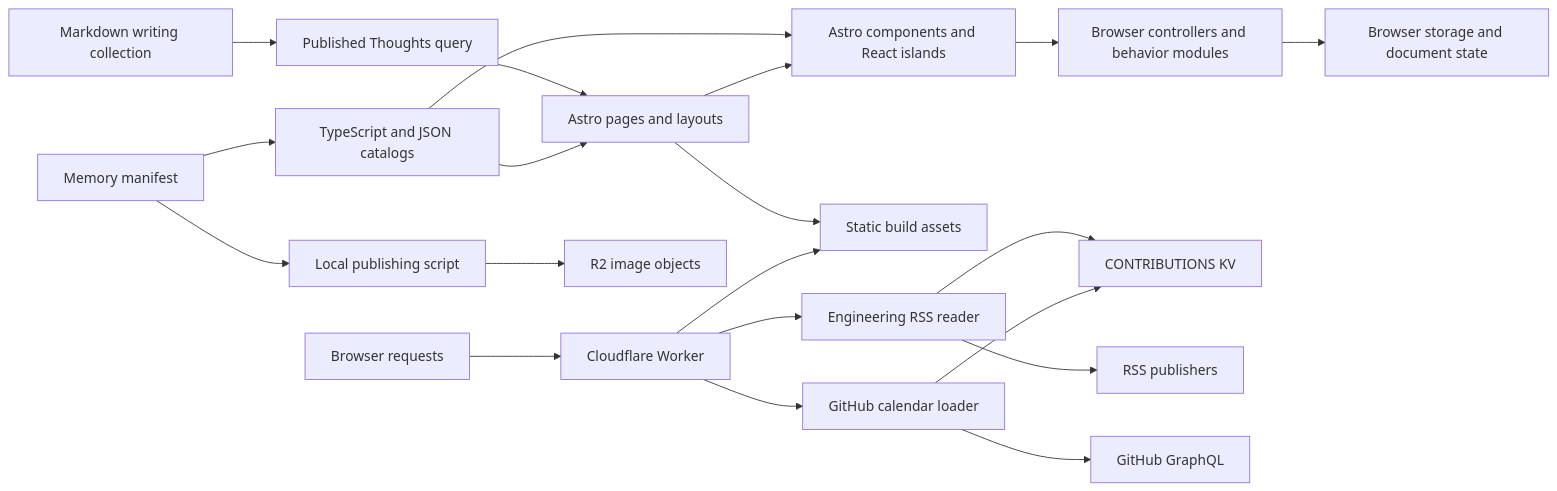
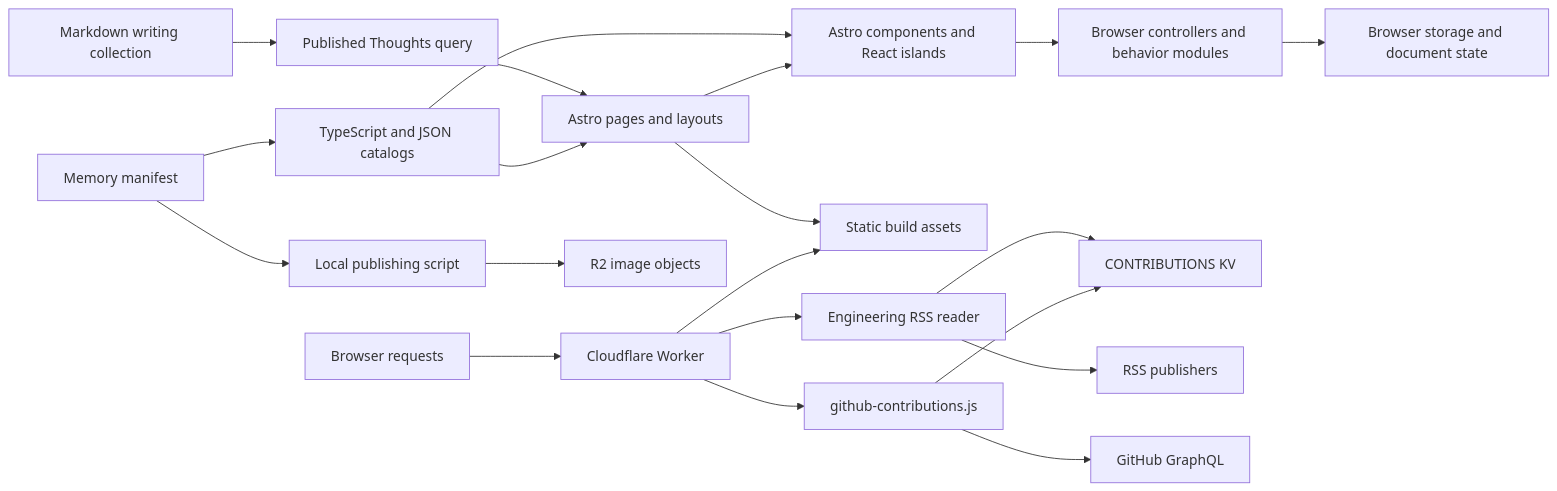
One commit to justinf0rfun/justinfor.fun changed the diagram in docs/architecture/README.md. Above: the diagram before and after it, drawn with Mermaid. The commit also changed other lines of this file and 3 other files, not shown here.

Commit message:
docs: record calendar loader governance round

````diff
--- a/docs/architecture/README.md
+++ b/docs/architecture/README.md
@@ -9,22 +9,22 @@
 ```mermaid
 flowchart LR
   Content["Markdown writing collection"] --> Publisher["Published Thoughts query"]
   Publisher --> Pages["Astro pages and layouts"]
   Catalogs["TypeScript and JSON catalogs"] --> Pages
   Catalogs --> Islands["Astro components and React islands"]
   Pages --> Islands
   Islands --> Controllers["Browser controllers and behavior modules"]
   Controllers --> Storage["Browser storage and document state"]
   Pages --> Assets["Static build assets"]
   Browser["Browser requests"] --> Worker["Cloudflare Worker"]
   Worker --> Assets
   Worker --> Feeds["Engineering RSS reader"]
-  Worker --> Calendar["GitHub calendar loader"]
+  Worker --> Calendar["github-contributions.js"]
   Feeds --> KV["CONTRIBUTIONS KV"]
   Calendar --> KV
   Feeds --> Origins["RSS publishers"]
   Calendar --> GitHub["GitHub GraphQL"]
   Photos["Memory manifest"] --> Catalogs
   Photos --> Publish["Local publishing script"]
   Publish --> R2["R2 image objects"]
 ```
````
